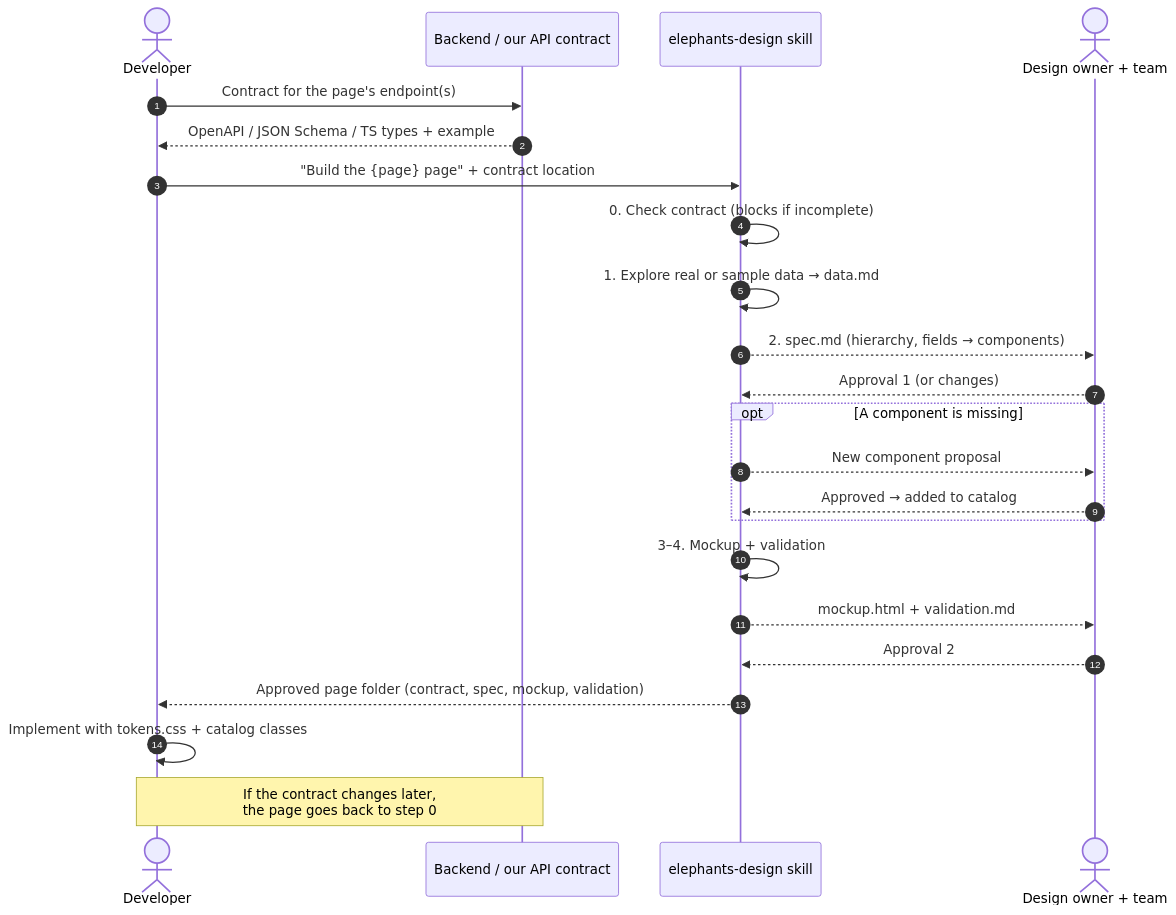
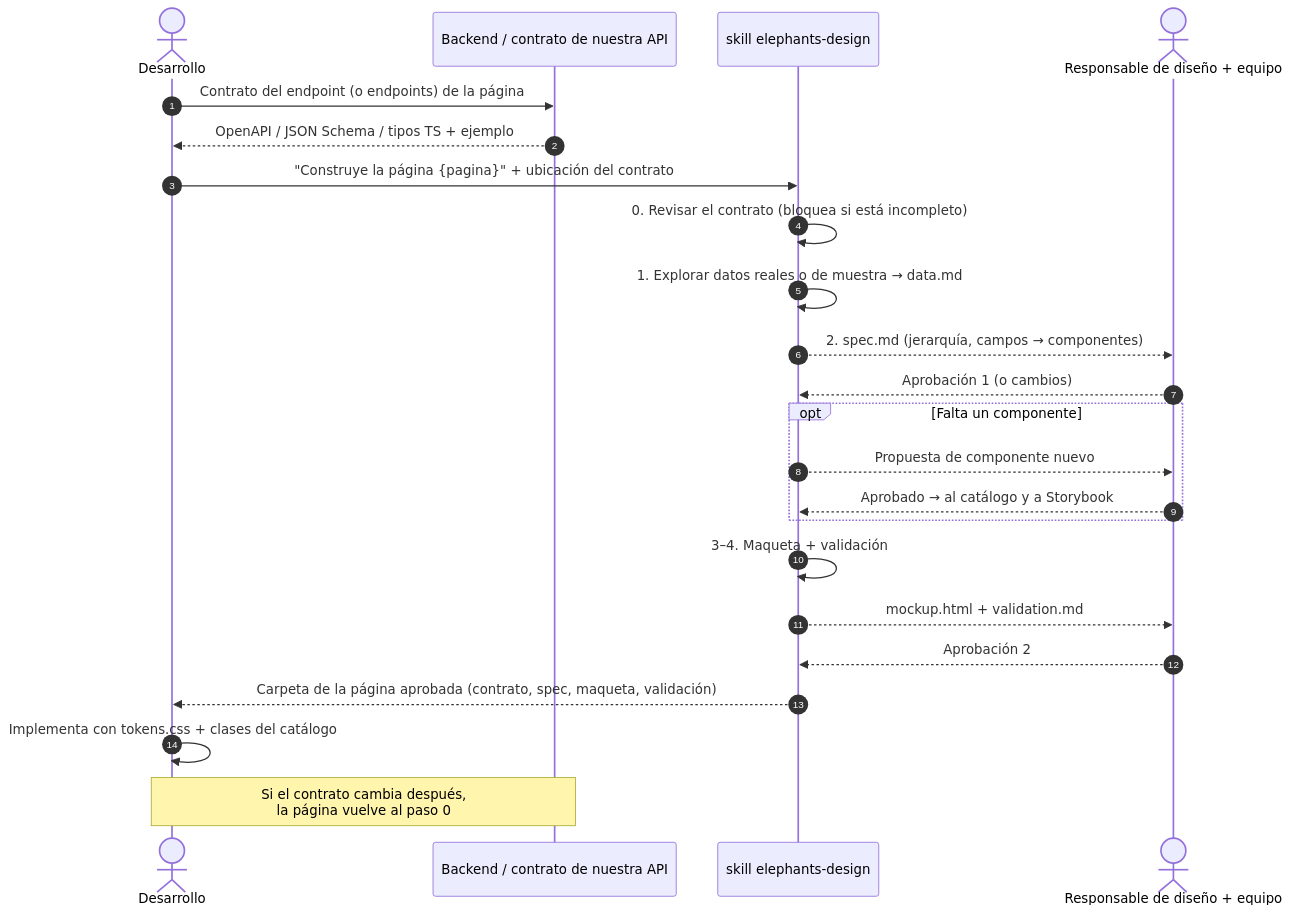
Before and after one commit to EKOU-Solutions/EKOU-Elephants: the fourth of 4 diagrams in docs/design/design-flow.md, drawn with Mermaid. The commit also changed other lines of this file and 33 other files, not shown here.

First line of the commit message:
docs(diseño): traducir la documentación de diseño y la skill al español

````diff
--- a/docs/design/design-flow.md
+++ b/docs/design/design-flow.md
@@ -71,26 +76,26 @@
 ```mermaid
 sequenceDiagram
   autonumber
-  actor Dev as Developer
-  participant BE as Backend / our API contract
-  participant Skill as elephants-design skill
-  actor PO as Design owner + team
+  actor Dev as Desarrollo
+  participant BE as Backend / contrato de nuestra API
+  participant Skill as skill elephants-design
+  actor PO as Responsable de diseño + equipo
 
-  Dev->>BE: Contract for the page's endpoint(s)
-  BE-->>Dev: OpenAPI / JSON Schema / TS types + example
-  Dev->>Skill: "Build the {page} page" + contract location
-  Skill->>Skill: 0. Check contract (blocks if incomplete)
-  Skill->>Skill: 1. Explore real or sample data → data.md
-  Skill-->>PO: 2. spec.md (hierarchy, fields → components)
-  PO-->>Skill: Approval 1 (or changes)
-  opt A component is missing
-    Skill-->>PO: New component proposal
-    PO-->>Skill: Approved → added to catalog
+  Dev->>BE: Contrato del endpoint (o endpoints) de la página
+  BE-->>Dev: OpenAPI / JSON Schema / tipos TS + ejemplo
+  Dev->>Skill: "Construye la página {pagina}" + ubicación del contrato
+  Skill->>Skill: 0. Revisar el contrato (bloquea si está incompleto)
+  Skill->>Skill: 1. Explorar datos reales o de muestra → data.md
+  Skill-->>PO: 2. spec.md (jerarquía, campos → componentes)
+  PO-->>Skill: Aprobación 1 (o cambios)
+  opt Falta un componente
+    Skill-->>PO: Propuesta de componente nuevo
+    PO-->>Skill: Aprobado → al catálogo y a Storybook
   end
-  Skill->>Skill: 3–4. Mockup + validation
+  Skill->>Skill: 3–4. Maqueta + validación
   Skill-->>PO: mockup.html + validation.md
-  PO-->>Skill: Approval 2
-  Skill-->>Dev: Approved page folder (contract, spec, mockup, validation)
-  Dev->>Dev: Implement with tokens.css + catalog classes
-  Note over Dev,BE: If the contract changes later,<br/>the page goes back to step 0
+  PO-->>Skill: Aprobación 2
+  Skill-->>Dev: Carpeta de la página aprobada (contrato, spec, maqueta, validación)
+  Dev->>Dev: Implementa con tokens.css + clases del catálogo
+  Note over Dev,BE: Si el contrato cambia después,<br/>la página vuelve al paso 0
 ```
````
